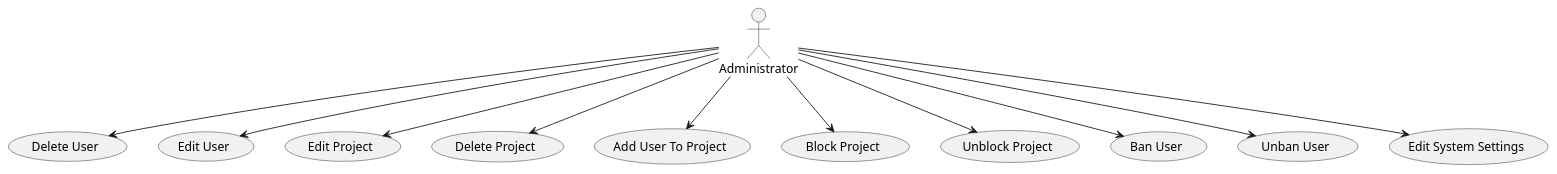
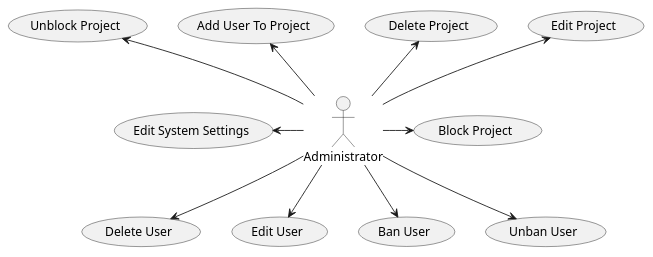
Before and after one commit to luckyscammer/IO-35_DB_gr4: the third of 20 diagrams in docs/use cases/README.md, drawn with PlantUML.

Commit message:
Fixed administrator diagram

```diff
--- a/docs/use cases/README.md
+++ b/docs/use cases/README.md
@@ -52,16 +52,16 @@
 @startuml
 
 actor Administrator as A
 
-A --> (Delete User)
-A --> (Edit User)
-A --> (Edit Project)
-A --> (Delete Project)
-A --> (Add User To Project)
-A --> (Block Project)
-A --> (Unblock Project)
-A --> (Ban User)
-A --> (Unban User)
-A --> (Edit System Settings)
+A -d-> (Delete User)
+A -d-> (Edit User)
+A -u-> (Edit Project)
+A -u-> (Delete Project)
+A -u-> (Add User To Project)
+A -r-> (Block Project)
+A -u-> (Unblock Project)
+A -d-> (Ban User)
+A -d-> (Unban User)
+A -l-> (Edit System Settings)
 
 @enduml
```
